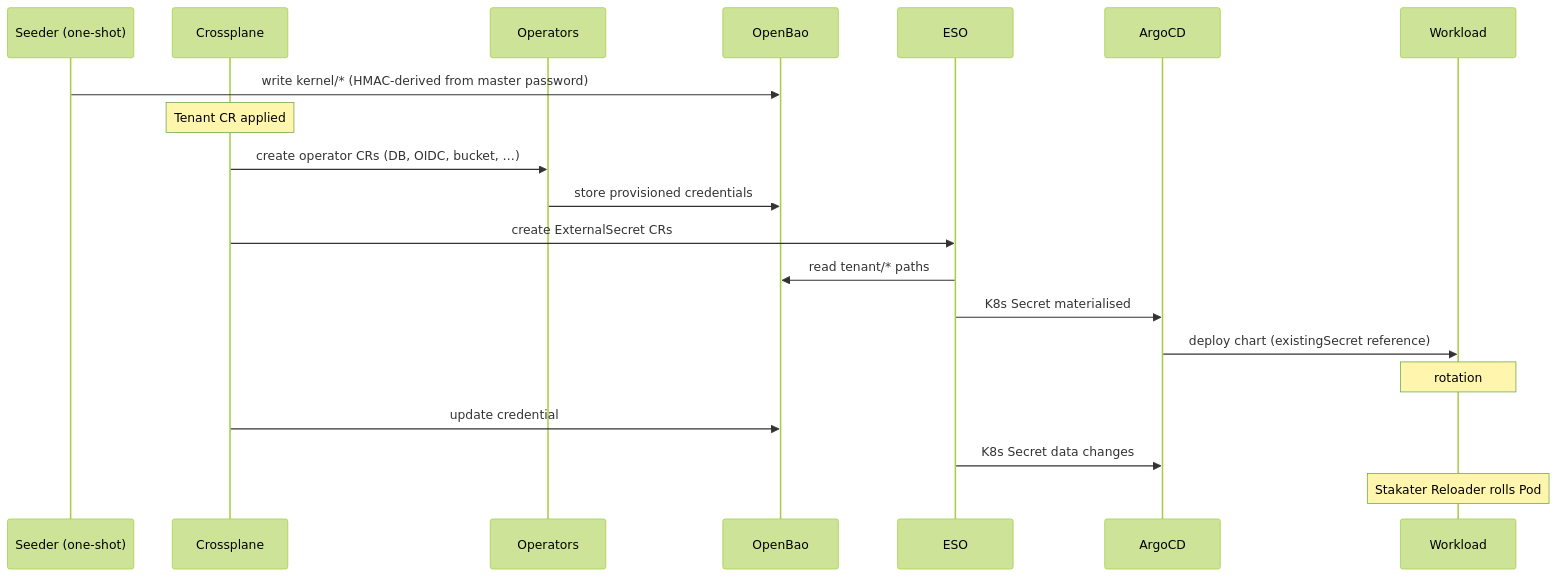
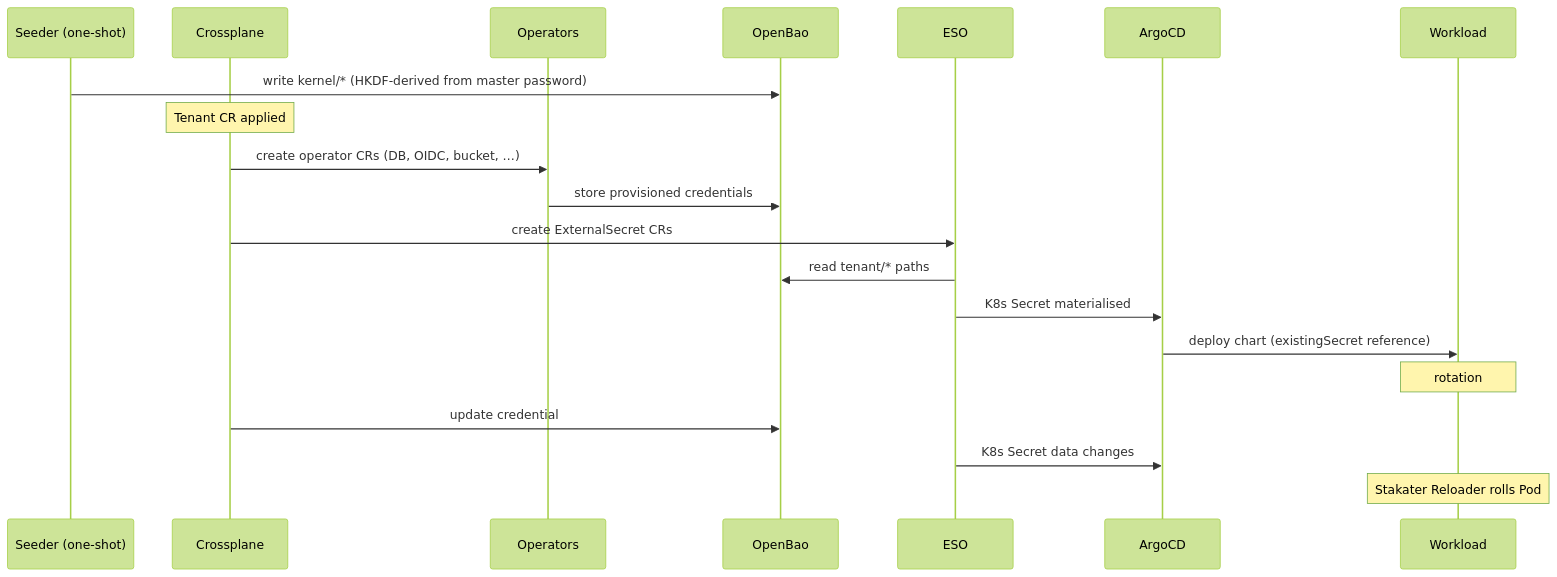
One commit to gentian-org/gentian-os changed the diagram in docs/design/secrets.md. Above: the diagram before and after it, drawn with Mermaid (forest theme). The commit also changed other lines of this file and 13 other files, not shown here.

````diff
--- a/docs/design/secrets.md
+++ b/docs/design/secrets.md
@@ -233,23 +233,23 @@
 ```mermaid
 sequenceDiagram
     participant Seed as Seeder (one-shot)
     participant XP as Crossplane
     participant Op as Operators
     participant OB as OpenBao
     participant ESO as ESO
     participant AC as ArgoCD
     participant Pod as Workload
 
-    Seed->>OB: write kernel/* (HMAC-derived from master password)
+    Seed->>OB: write kernel/* (HKDF-derived from master password)
     Note over XP: Tenant CR applied
     XP->>Op: create operator CRs (DB, OIDC, bucket, …)
     Op->>OB: store provisioned credentials
     XP->>ESO: create ExternalSecret CRs
     ESO->>OB: read tenant/* paths
     ESO->>AC: K8s Secret materialised
     AC->>Pod: deploy chart (existingSecret reference)
     Note over Pod: rotation
     XP->>OB: update credential
     ESO->>AC: K8s Secret data changes
     Note over Pod: Stakater Reloader rolls Pod
 ```
````
